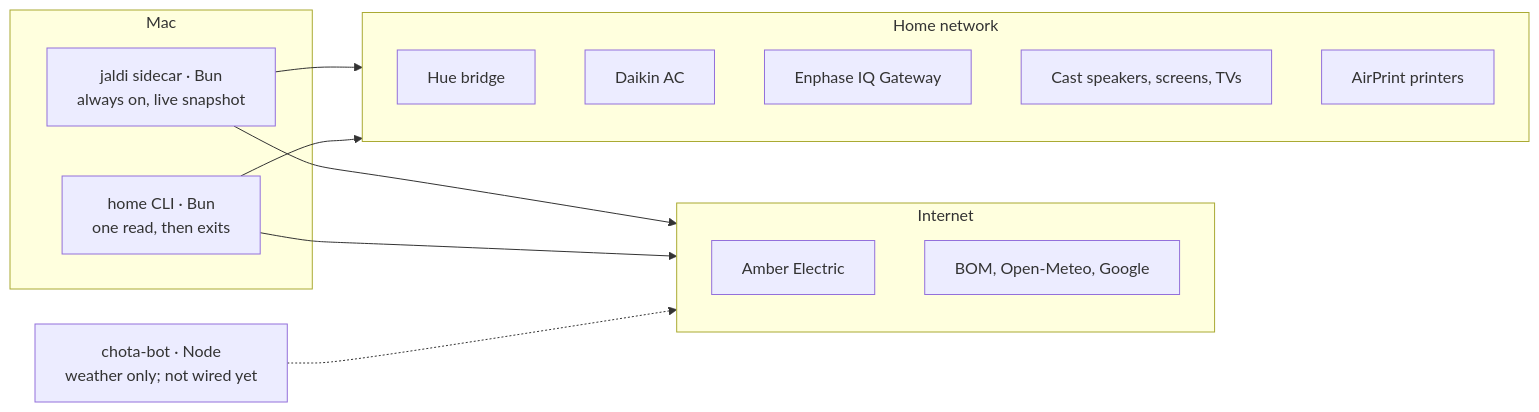
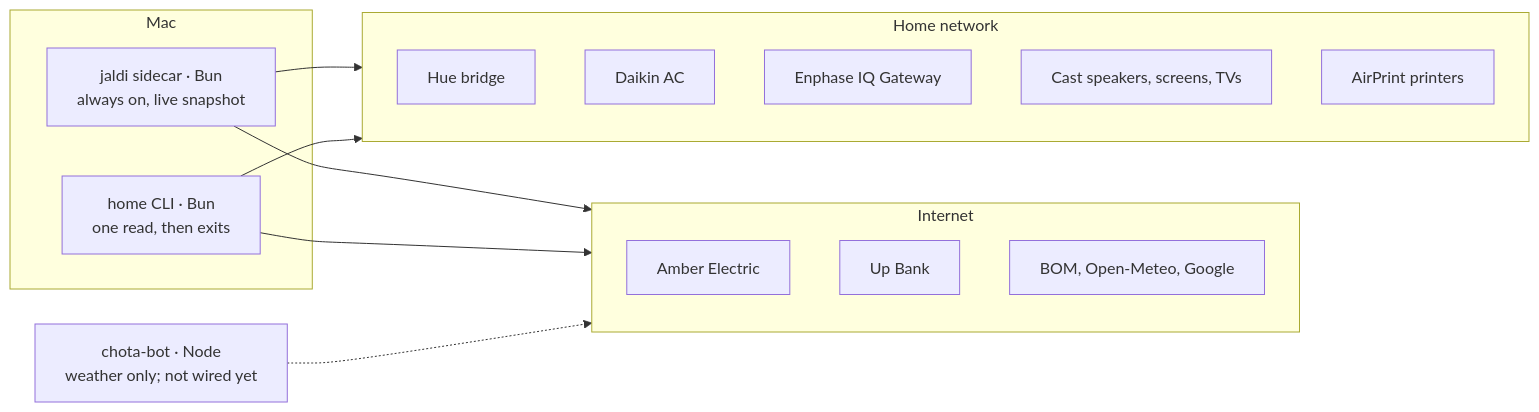
Before and after one commit to khalido/home.ts: the diagram in README.md, drawn with Mermaid. The commit also changed other lines of this file and 19 other files, not shown here.

````diff
--- a/README.md
+++ b/README.md
@@ -18,24 +18,25 @@
 ```mermaid
 flowchart LR
   subgraph mac [Mac]
     J["jaldi sidecar · Bun<br/>always on, live snapshot"]
     C["home CLI · Bun<br/>one read, then exits"]
   end
   B["chota-bot · Node<br/>weather only; not wired yet"]
   subgraph lan [Home network]
     HB[Hue bridge]
     AC[Daikin AC]
     IQ[Enphase IQ Gateway]
     CD[Cast speakers, screens, TVs]
     PR[AirPrint printers]
   end
   subgraph net [Internet]
     AM[Amber Electric]
+    UB[Up Bank]
     WX[BOM, Open-Meteo, Google]
   end
   J --> lan
   J --> net
   C --> lan
   C --> net
   B -.-> net
 ```
````
